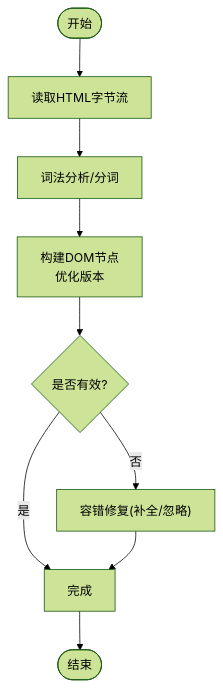
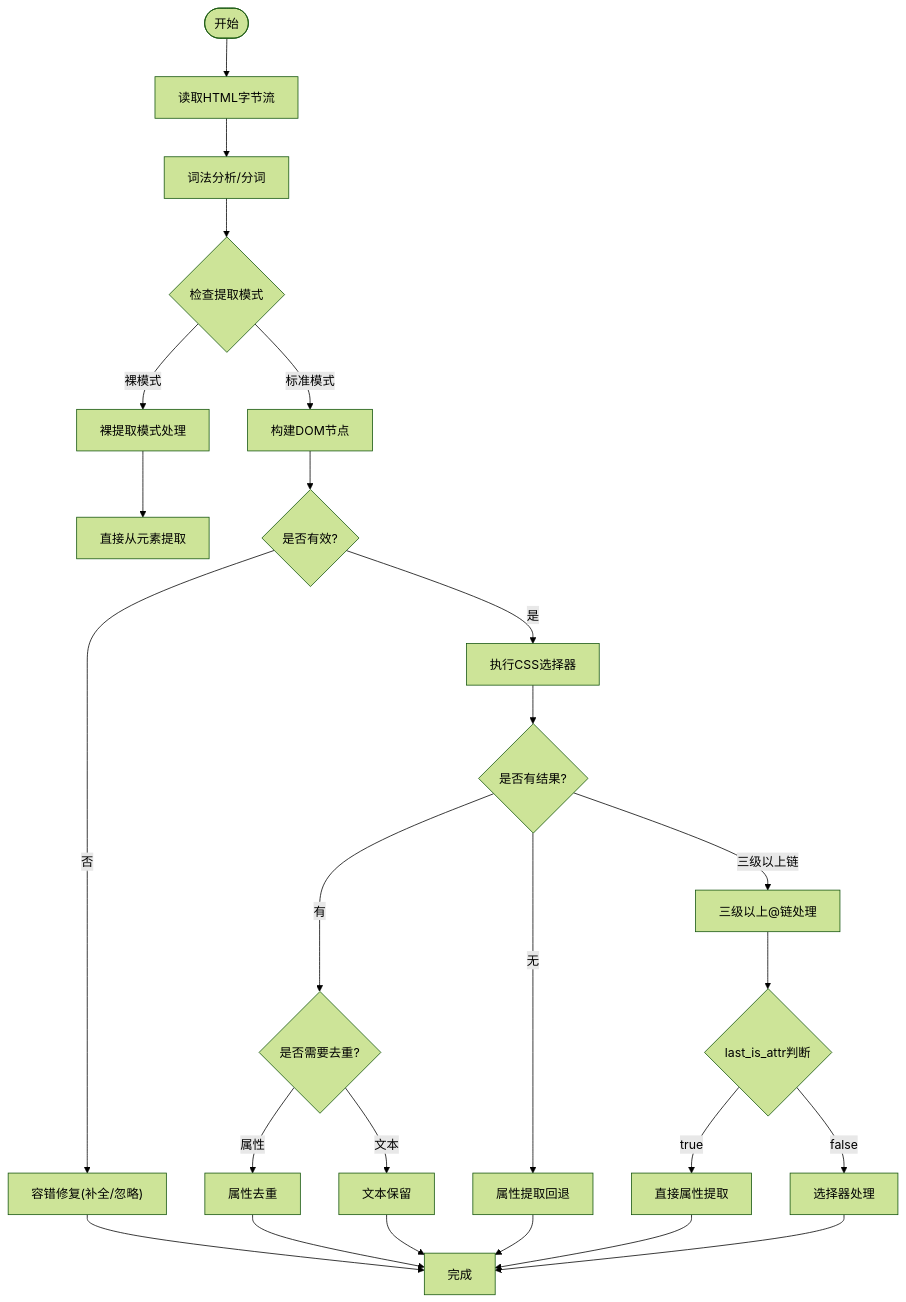
The third of 9 diagrams in .qoder/repowiki/zh/content/Rust核心库/解析引擎/HTML解析器.md (ZhangGHGitHub/LegadoTeamFlutter), drawn with Mermaid (forest theme) before and after one commit. The commit also changed other lines of this file and 173 other files, not shown here.

````diff
--- a/.qoder/repowiki/zh/content/Rust核心库/解析引擎/HTML解析器.md
+++ b/.qoder/repowiki/zh/content/Rust核心库/解析引擎/HTML解析器.md
@@ -144,11 +181,27 @@
 ```mermaid
 flowchart TD
 Start(["开始"]) --> Read["读取HTML字节流"]
 Read --> Tokenize["词法分析/分词"]
-Tokenize --> Build["构建DOM节点<br/>优化版本"]
+Tokenize --> CheckMode{"检查提取模式"}
+CheckMode --> |裸模式| BareExtract["裸提取模式处理"]
+CheckMode --> |标准模式| Build["构建DOM节点"]
+BareExtract --> Extract["直接从元素提取"]
 Build --> Validate{"是否有效?"}
 Validate --> |否| Fix["容错修复(补全/忽略)"]
-Validate --> |是| Done["完成"]
+Validate --> |是| Select["执行CSS选择器"]
+Select --> CheckResult{"是否有结果?"}
+CheckResult --> |有| Dedup{"是否需要去重?"}
+CheckResult --> |无| AttrFallback["属性提取回退"]
+Dedup --> |属性| AttrDedup["属性去重"]
+Dedup --> |文本| TextKeep["文本保留"]
+AttrDedup --> Done["完成"]
+TextKeep --> Done
+AttrFallback --> Done
 Fix --> Done
-Done --> End(["结束"])
+CheckResult --> |三级以上链| ChainProcess["三级以上@链处理"]
+ChainProcess --> LastIsAttr{"last_is_attr判断"}
+LastIsAttr --> |true| DirectAttr["直接属性提取"]
+LastIsAttr --> |false| SelectorProcess["选择器处理"]
+DirectAttr --> Done
+SelectorProcess --> Done
 ```
````
